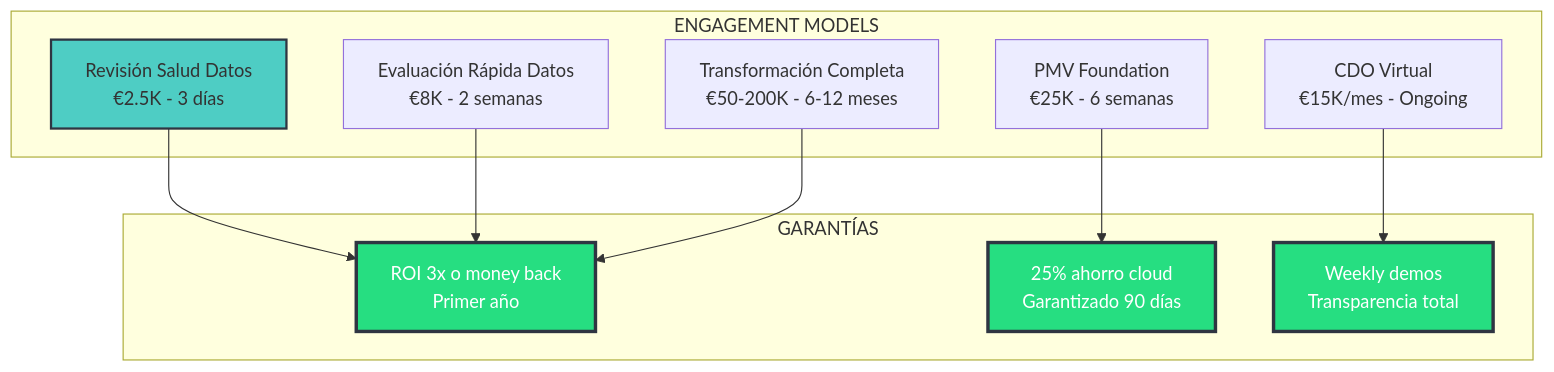
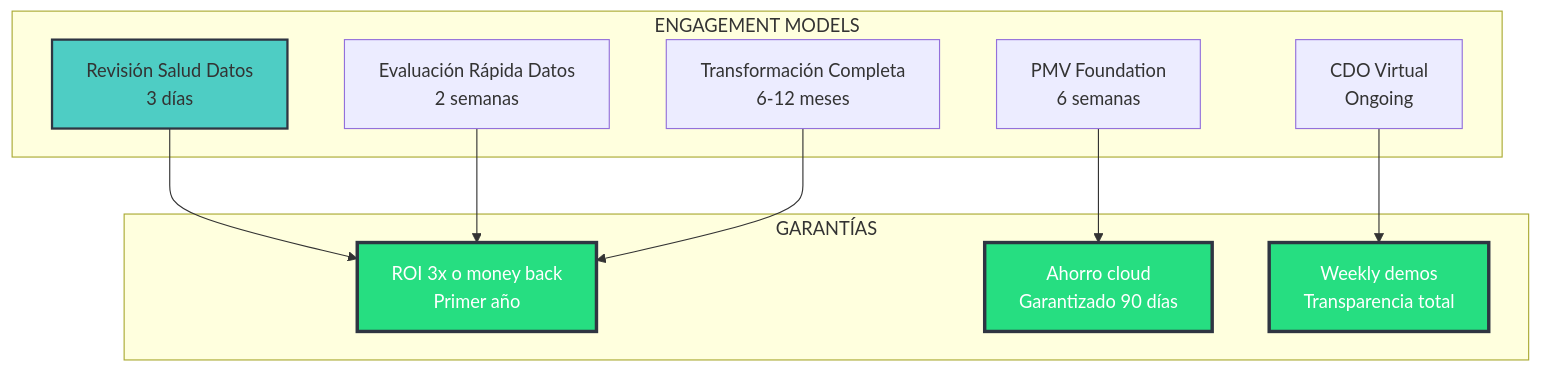
One commit to arielmmdx/offering changed diagram 13 of 17 in OFFERING.md. Above: the diagram before and after it, drawn with Mermaid. The commit also changed other lines of this file, not shown here.

````diff
--- a/OFFERING.md
+++ b/OFFERING.md
@@ -553,27 +552,27 @@
 ```mermaid
 graph TB
     subgraph "ENGAGEMENT MODELS"
-        A[Revisión Salud Datos<br/>€2.5K - 3 días]
-        B[Evaluación Rápida Datos<br/>€8K - 2 semanas]
-        C[PMV Foundation<br/>€25K - 6 semanas]
-        D[CDO Virtual<br/>€15K/mes - Ongoing]
-        E[Transformación Completa<br/>€50-200K - 6-12 meses]
+        A[Revisión Salud Datos<br/>3 días]
+        B[Evaluación Rápida Datos<br/>2 semanas]
+        C[PMV Foundation<br/>6 semanas]
+        D[CDO Virtual<br/>Ongoing]
+        E[Transformación Completa<br/>6-12 meses]
     end
     
     subgraph "GARANTÍAS"
         F[ROI 3x o money back<br/>Primer año]
-        G[25% ahorro cloud<br/>Garantizado 90 días]
+        G[Ahorro cloud<br/>Garantizado 90 días]
         H[Weekly demos<br/>Transparencia total]
     end
     
     A --> F
     B --> F
     C --> G
     D --> H
     E --> F
     
     style A fill:#4ecdc4,stroke:#2f3542,stroke-width:2px
     style F fill:#26de81,stroke:#2f3542,stroke-width:3px,color:#fff
     style G fill:#26de81,stroke:#2f3542,stroke-width:3px,color:#fff
     style H fill:#26de81,stroke:#2f3542,stroke-width:3px,color:#fff
 ```
````
